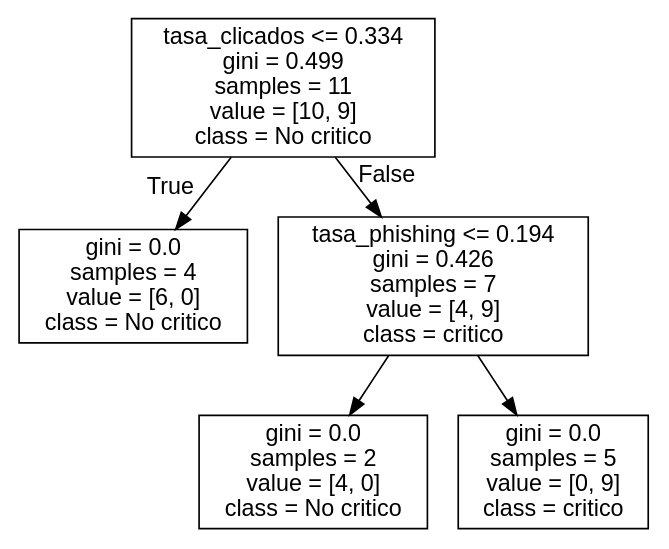
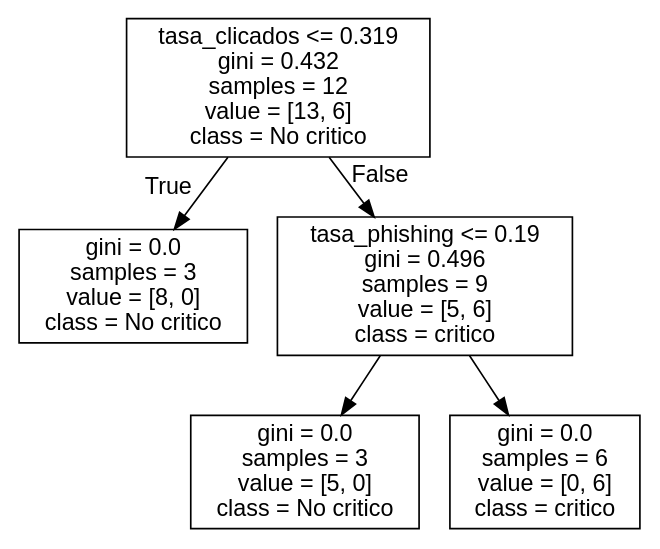
Before and after one commit to dprezp/domadores: the diagram in tree.dot, drawn with Graphviz. The commit also changed 12 other files, not shown here.

```diff
--- a/tree.dot
+++ b/tree.dot
@@ -1,13 +1,13 @@
 digraph Tree {
 node [shape=box, fontname="helvetica"] ;
 edge [fontname="helvetica"] ;
-0 [label="tasa_clicados <= 0.334\ngini = 0.499\nsamples = 11\nvalue = [10, 9]\nclass = No critico"] ;
-1 [label="gini = 0.0\nsamples = 4\nvalue = [6, 0]\nclass = No critico"] ;
+0 [label="tasa_clicados <= 0.319\ngini = 0.432\nsamples = 12\nvalue = [13, 6]\nclass = No critico"] ;
+1 [label="gini = 0.0\nsamples = 3\nvalue = [8, 0]\nclass = No critico"] ;
 0 -> 1 [labeldistance=2.5, labelangle=45, headlabel="True"] ;
-2 [label="tasa_phishing <= 0.194\ngini = 0.426\nsamples = 7\nvalue = [4, 9]\nclass = critico"] ;
+2 [label="tasa_phishing <= 0.19\ngini = 0.496\nsamples = 9\nvalue = [5, 6]\nclass = critico"] ;
 0 -> 2 [labeldistance=2.5, labelangle=-45, headlabel="False"] ;
-3 [label="gini = 0.0\nsamples = 2\nvalue = [4, 0]\nclass = No critico"] ;
+3 [label="gini = 0.0\nsamples = 3\nvalue = [5, 0]\nclass = No critico"] ;
 2 -> 3 ;
-4 [label="gini = 0.0\nsamples = 5\nvalue = [0, 9]\nclass = critico"] ;
+4 [label="gini = 0.0\nsamples = 6\nvalue = [0, 6]\nclass = critico"] ;
 2 -> 4 ;
 }
```
